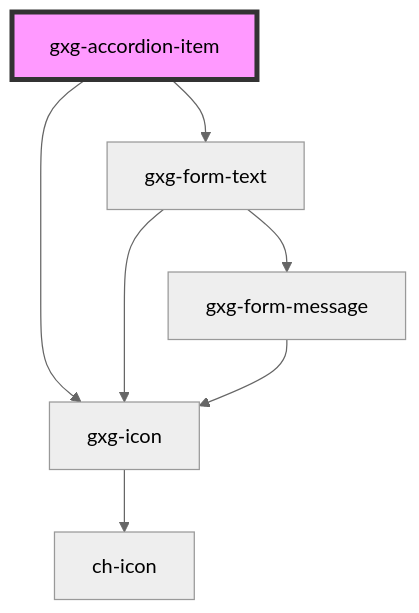
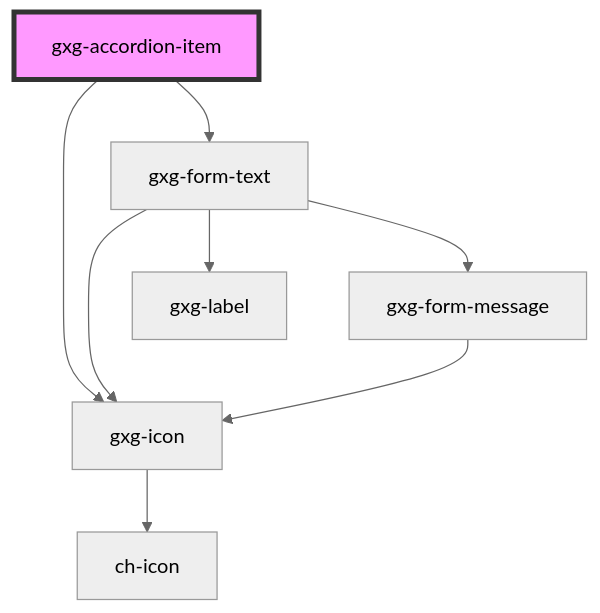
Before and after one commit to genexuslabs/gemini: the diagram in src/components/accordion-item/readme.md, drawn with Mermaid (neutral theme). The commit also changed 59 other files, not shown here.

Commit message:
update "label" with "gxg-label"

````diff
--- a/src/components/accordion-item/readme.md
+++ b/src/components/accordion-item/readme.md
@@ -85,10 +85,11 @@
 ```mermaid
 graph TD;
   gxg-accordion-item --> gxg-icon
   gxg-accordion-item --> gxg-form-text
   gxg-icon --> ch-icon
   gxg-form-text --> gxg-icon
+  gxg-form-text --> gxg-label
   gxg-form-text --> gxg-form-message
   gxg-form-message --> gxg-icon
   style gxg-accordion-item fill:#f9f,stroke:#333,stroke-width:4px
 ```
````
